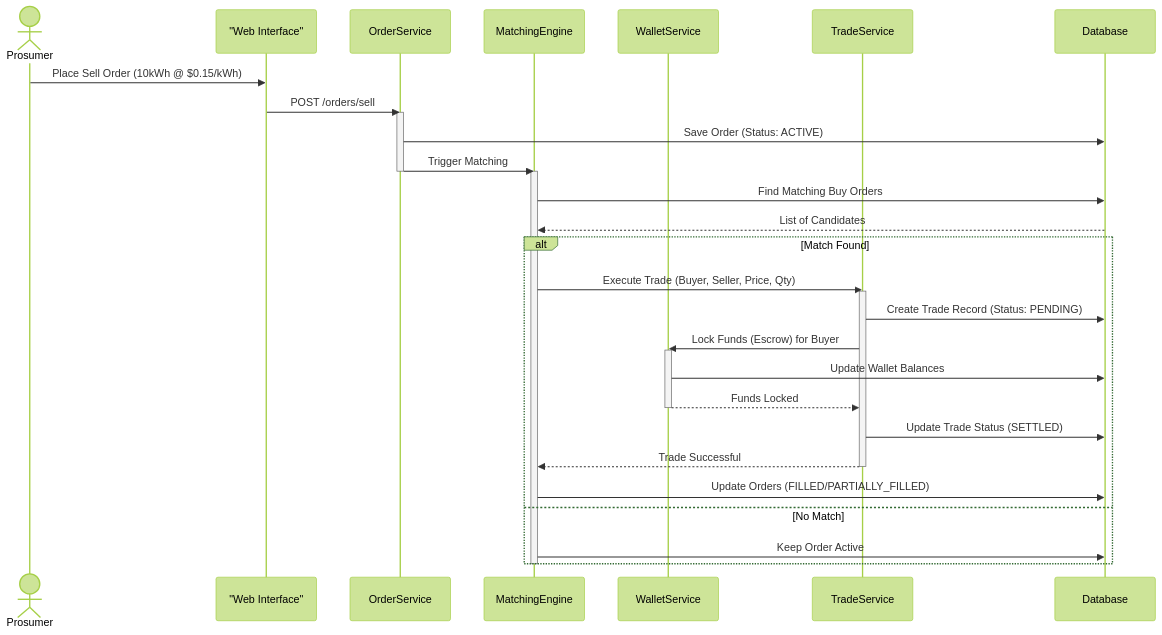
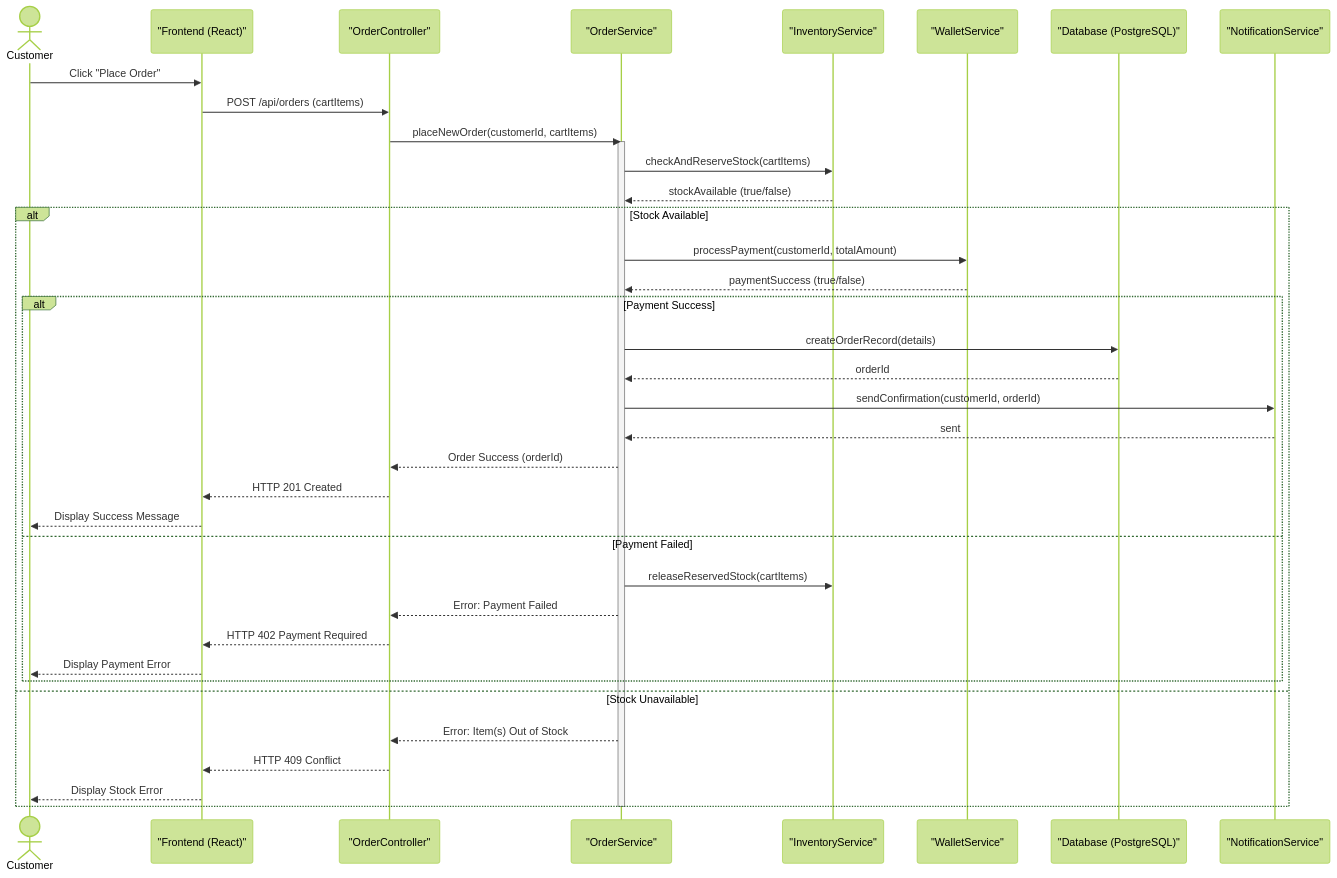
One commit to Subham-KRLX/SESD-PROJECT- changed the diagram in sequenceDiagram.md. Above: the diagram before and after it, drawn with Mermaid (forest theme). The commit also changed other lines of this file, not shown here.

Commit message:
docs: Add E-commerce Sequence Diagram

````diff
--- a/sequenceDiagram.md
+++ b/sequenceDiagram.md
@@ -3,42 +8,44 @@
 ```mermaid
 sequenceDiagram
-    actor Prosumer
-    participant Frontend as "Web Interface"
-    participant OrderService
-    participant MatchingEngine
-    participant WalletService
-    participant TradeService
-    participant Database
+    actor Customer
+    participant FE as "Frontend (React)"
+    participant OC as "OrderController"
+    participant OS as "OrderService"
+    participant IS as "InventoryService"
+    participant WS as "WalletService"
+    participant DB as "Database (PostgreSQL)"
+    participant NS as "NotificationService"
 
-    Prosumer->>Frontend: Place Sell Order (10kWh @ $0.15/kWh)
-    Frontend->>OrderService: POST /orders/sell
-    activate OrderService
-    OrderService->>Database: Save Order (Status: ACTIVE)
-    OrderService->>MatchingEngine: Trigger Matching
-    deactivate OrderService
-
-    activate MatchingEngine
-    MatchingEngine->>Database: Find Matching Buy Orders
-    Database-->>MatchingEngine: List of Candidates
+    Customer->>FE: Click "Place Order"
+    FE->>OC: POST /api/orders (cartItems)
+    OC->>OS: placeNewOrder(customerId, cartItems)
     
-    alt Match Found
-        MatchingEngine->>TradeService: Execute Trade (Buyer, Seller, Price, Qty)
-        activate TradeService
-        TradeService->>Database: Create Trade Record (Status: PENDING)
+    activate OS
+    OS->>IS: checkAndReserveStock(cartItems)
+    IS-->>OS: stockAvailable (true/false)
+    
+    alt Stock Available
+        OS->>WS: processPayment(customerId, totalAmount)
+        WS-->>OS: paymentSuccess (true/false)
         
-        TradeService->>WalletService: Lock Funds (Escrow) for Buyer
-        activate WalletService
-        WalletService->>Database: Update Wallet Balances
-        WalletService-->>TradeService: Funds Locked
-        deactivate WalletService
-        
-        TradeService->>Database: Update Trade Status (SETTLED)
-        TradeService-->>MatchingEngine: Trade Successful
-        deactivate TradeService
-        
-        MatchingEngine->>Database: Update Orders (FILLED/PARTIALLY_FILLED)
-    else No Match
-        MatchingEngine->>Database: Keep Order Active
+        alt Payment Success
+            OS->>DB: createOrderRecord(details)
+            DB-->>OS: orderId
+            OS->>NS: sendConfirmation(customerId, orderId)
+            NS-->>OS: sent
+            OS-->>OC: Order Success (orderId)
+            OC-->>FE: HTTP 201 Created
+            FE-->>Customer: Display Success Message
+        else Payment Failed
+            OS->>IS: releaseReservedStock(cartItems)
+            OS-->>OC: Error: Payment Failed
+            OC-->>FE: HTTP 402 Payment Required
+            FE-->>Customer: Display Payment Error
+        end
+    else Stock Unavailable
+        OS-->>OC: Error: Item(s) Out of Stock
+        OC-->>FE: HTTP 409 Conflict
+        FE-->>Customer: Display Stock Error
     end
-    deactivate MatchingEngine
+    deactivate OS
 ```
````
